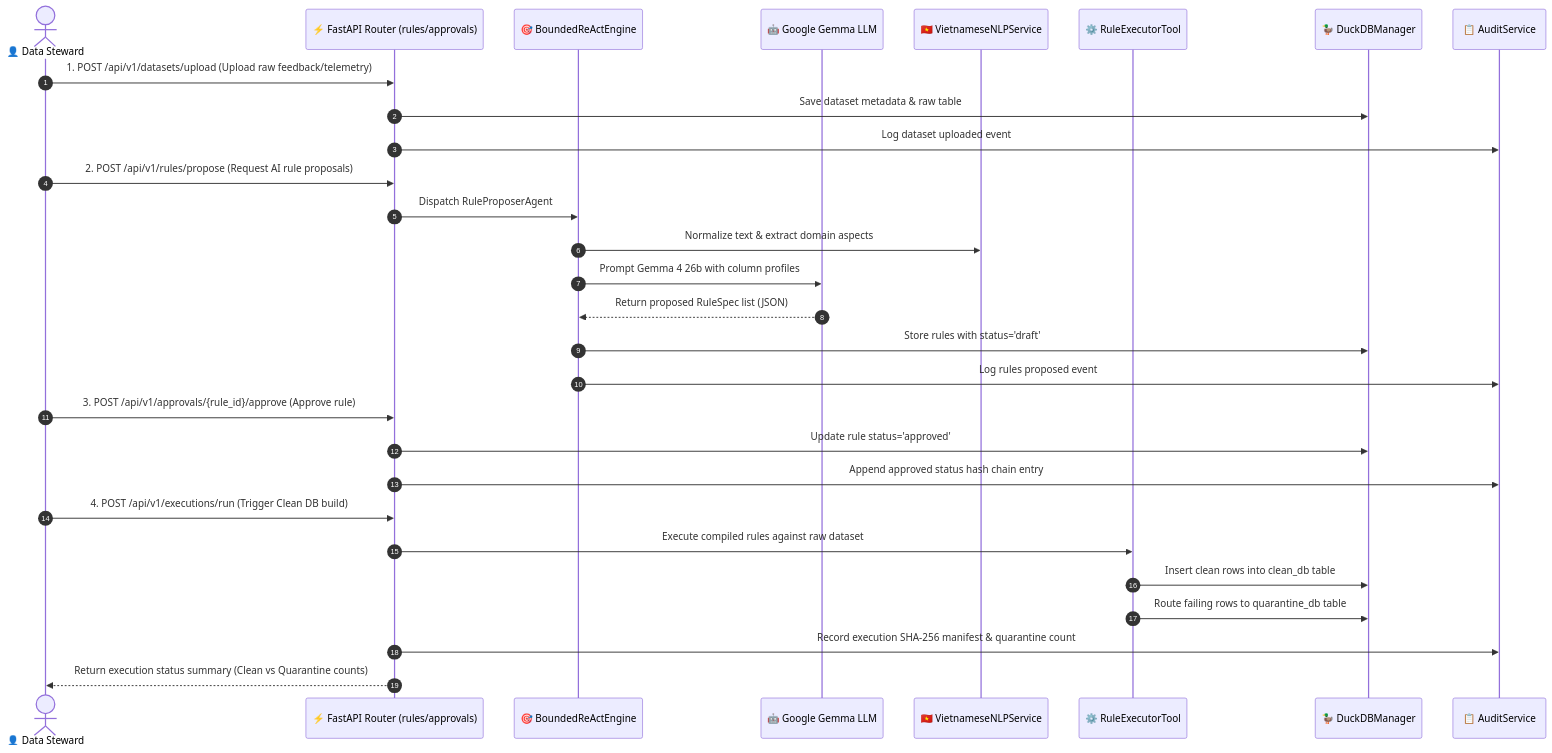
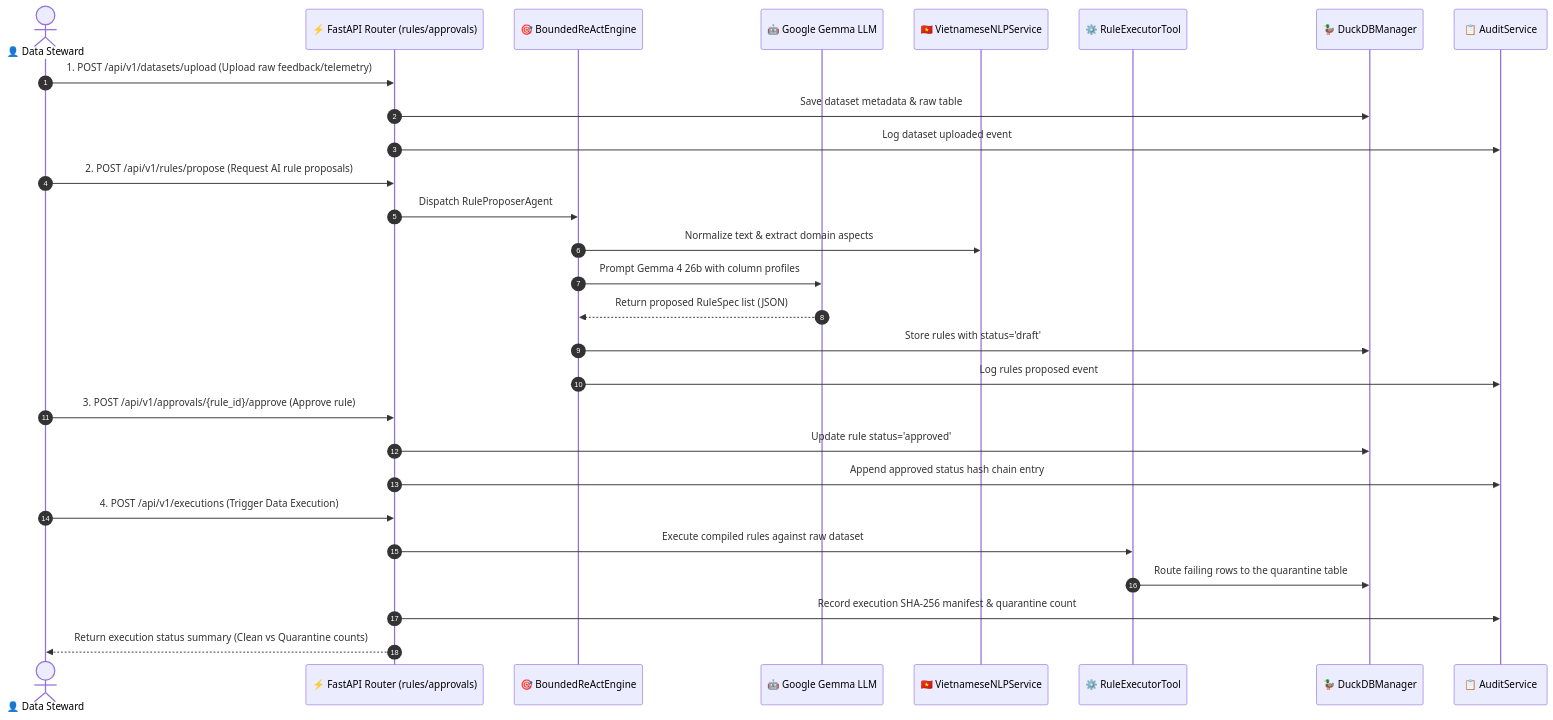
The fourth of 4 diagrams in docs/architecture/C4_MODEL.md (Dino1059/Phase2_VSF), drawn with Mermaid before and after one commit. The commit also changed other lines of this file and 3 other files, not shown here.

Commit message:
docs: resolve audit findings and remove route/table hallucinations

````diff
--- a/docs/architecture/C4_MODEL.md
+++ b/docs/architecture/C4_MODEL.md
@@ -237,35 +237,34 @@
 ```mermaid
 sequenceDiagram
     autonumber
     actor Steward as 👤 Data Steward
     participant API as ⚡ FastAPI Router (rules/approvals)
     participant ReAct as 🎯 BoundedReActEngine
     participant LLM as 🤖 Google Gemma LLM
     participant NLP as 🇻🇳 VietnameseNLPService
     participant Exec as ⚙️ RuleExecutorTool
     participant DB as 🦆 DuckDBManager
     participant Audit as 📋 AuditService
 
     Steward->>API: 1. POST /api/v1/datasets/upload (Upload raw feedback/telemetry)
     API->>DB: Save dataset metadata & raw table
     API->>Audit: Log dataset uploaded event
 
     Steward->>API: 2. POST /api/v1/rules/propose (Request AI rule proposals)
     API->>ReAct: Dispatch RuleProposerAgent
     ReAct->>NLP: Normalize text & extract domain aspects
     ReAct->>LLM: Prompt Gemma 4 26b with column profiles
     LLM-->>ReAct: Return proposed RuleSpec list (JSON)
     ReAct->>DB: Store rules with status='draft'
     ReAct->>Audit: Log rules proposed event
 
     Steward->>API: 3. POST /api/v1/approvals/{rule_id}/approve (Approve rule)
     API->>DB: Update rule status='approved'
     API->>Audit: Append approved status hash chain entry
 
-    Steward->>API: 4. POST /api/v1/executions/run (Trigger Clean DB build)
+    Steward->>API: 4. POST /api/v1/executions (Trigger Data Execution)
     API->>Exec: Execute compiled rules against raw dataset
-    Exec->>DB: Insert clean rows into clean_db table
-    Exec->>DB: Route failing rows to quarantine_db table
+    Exec->>DB: Route failing rows to the quarantine table
     API->>Audit: Record execution SHA-256 manifest & quarantine count
     API-->>Steward: Return execution status summary (Clean vs Quarantine counts)
 ```
````
